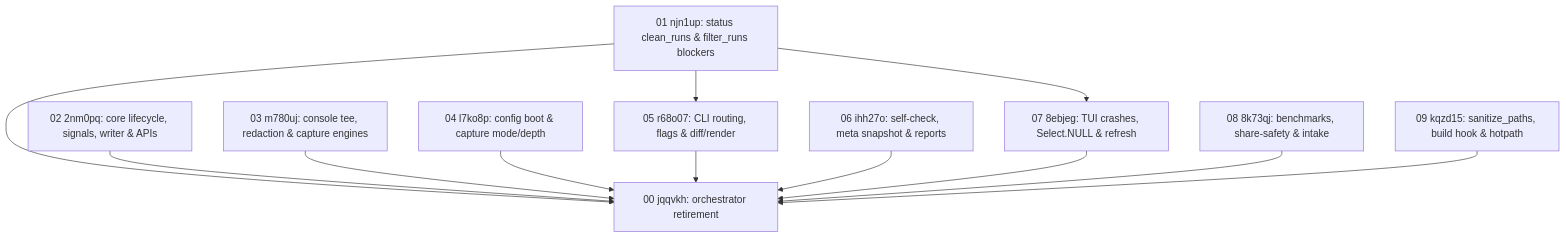
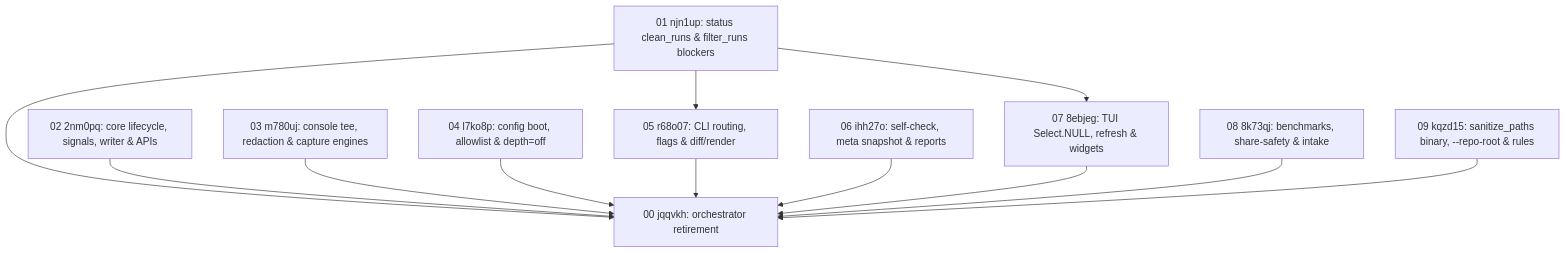
One commit to fariello/pubrun changed the diagram in .aw/records/plans/pending/20261122-bugs-audit-00-jqqvkh-bugs-and-correctness-audit-remediation.ipd.md. Above: the diagram before and after it, drawn with Mermaid. The commit also changed other lines of this file and 1 other file, not shown here.

````diff
--- a/.aw/records/plans/pending/20261122-bugs-audit-00-jqqvkh-bugs-and-correctness-audit-remediation.ipd.md
+++ b/.aw/records/plans/pending/20261122-bugs-audit-00-jqqvkh-bugs-and-correctness-audit-remediation.ipd.md
@@ -40,25 +45,25 @@
 ```mermaid
 flowchart TD
     O1["01 njn1up: status clean_runs & filter_runs blockers"]
     O2["02 2nm0pq: core lifecycle, signals, writer & APIs"]
     O3["03 m780uj: console tee, redaction & capture engines"]
-    O4["04 l7ko8p: config boot & capture mode/depth"]
+    O4["04 l7ko8p: config boot, allowlist & depth=off"]
     O5["05 r68o07: CLI routing, flags & diff/render"]
     O6["06 ihh27o: self-check, meta snapshot & reports"]
-    O7["07 8ebjeg: TUI crashes, Select.NULL & refresh"]
+    O7["07 8ebjeg: TUI Select.NULL, refresh & widgets"]
     O8["08 8k73qj: benchmarks, share-safety & intake"]
-    O9["09 kqzd15: sanitize_paths, build hook & hotpath"]
+    O9["09 kqzd15: sanitize_paths binary, --repo-root & rules"]
     ORCH["00 jqqvkh: orchestrator retirement"]
 
     O1 --> O5
     O1 --> O7
     O1 --> ORCH
     O2 --> ORCH
     O3 --> ORCH
     O4 --> ORCH
     O5 --> ORCH
     O6 --> ORCH
     O7 --> ORCH
     O8 --> ORCH
     O9 --> ORCH
 ```
````
